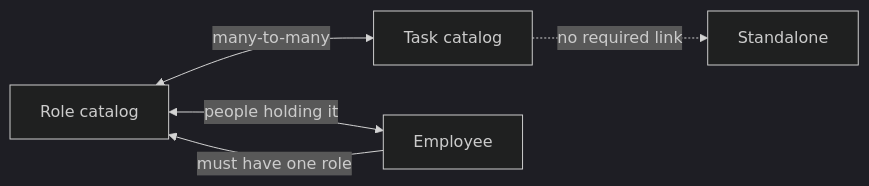
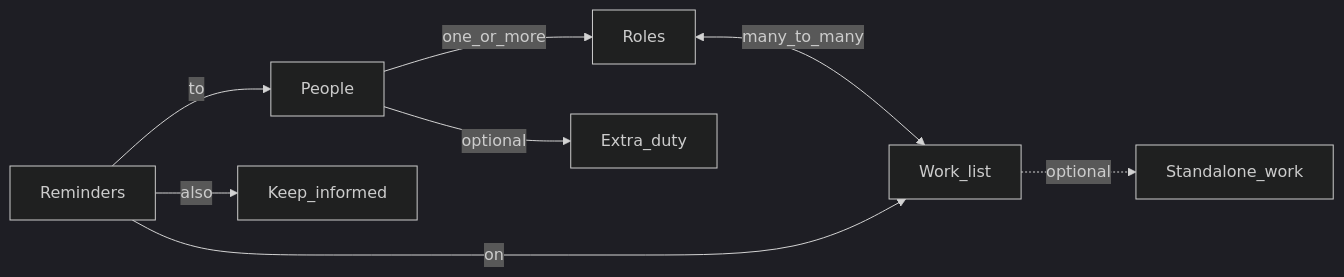
The diagram in docs/EMPLOYEES_ROLES_TASKS.md (alnlabs/rv-uddipta-portal), drawn with Mermaid (dark theme) before and after one commit. The commit also changed other lines of this file and 30 other files, not shown here.

First line of the commit message:
Add society work catalog, job linking, and period area ownership.

````diff
--- a/docs/EMPLOYEES_ROLES_TASKS.md
+++ b/docs/EMPLOYEES_ROLES_TASKS.md
@@ -9,10 +7,14 @@
 ```mermaid
 flowchart LR
-  Task[Task catalog]
-  Role[Role catalog]
-  Emp[Employee]
-  Task -.->|no required link| Alone[Standalone]
-  Role <-->|many-to-many| Task
-  Emp -->|must have one role| Role
-  Role <-->|people holding it| Emp
+  Work[Work_list]
+  Role[Roles]
+  Person[People]
+  Reminder[Reminders]
+  Work -.->|optional| Alone[Standalone_work]
+  Role <-->|many_to_many| Work
+  Person -->|one_or_more| Role
+  Person -->|optional| Extra[Extra_duty]
+  Reminder -->|on| Work
+  Reminder -->|to| Person
+  Reminder -->|also| Informed[Keep_informed]
 ```
````
